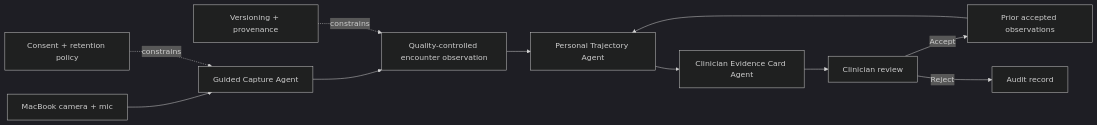
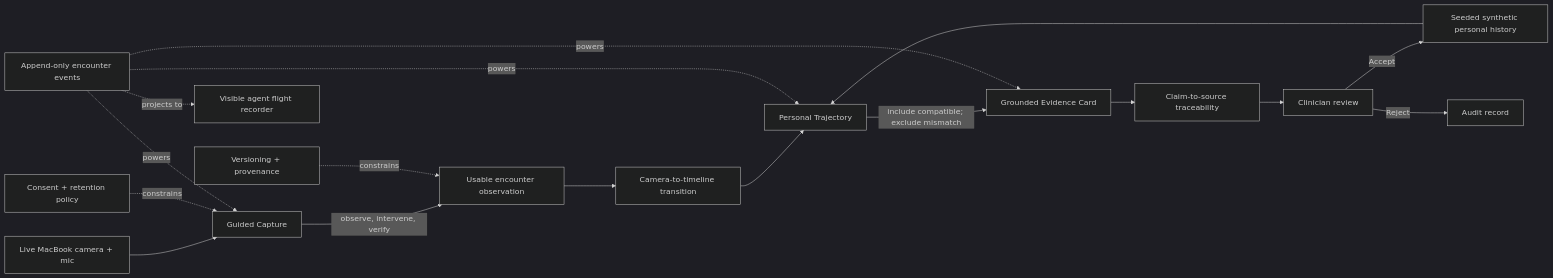
One commit to logannye/neurotrax changed the diagram in README.md. Above: the diagram before and after it, drawn with Mermaid (dark theme). The commit also changed other lines of this file and 25 other files, not shown here.

````diff
--- a/README.md
+++ b/README.md
@@ -87,14 +184,20 @@
 ```mermaid
 flowchart LR
-    MAC["MacBook camera + mic"] --> CAPTURE["Guided Capture Agent"]
-    CAPTURE --> OBS["Quality-controlled encounter observation"]
-    OBS --> TREND["Personal Trajectory Agent"]
-    HISTORY["Prior accepted observations"] --> TREND
-    TREND --> CARD["Clinician Evidence Card Agent"]
-    CARD --> CLINICIAN["Clinician review"]
+    MAC["Live MacBook camera + mic"] --> CAPTURE["Guided Capture"]
+    CAPTURE -->|observe, intervene, verify| OBS["Usable encounter observation"]
+    OBS --> TRANSITION["Camera-to-timeline transition"]
+    TRANSITION --> TREND["Personal Trajectory"]
+    HISTORY["Seeded synthetic personal history"] --> TREND
+    TREND -->|include compatible; exclude mismatch| CARD["Grounded Evidence Card"]
+    CARD --> TRACE["Claim-to-source traceability"]
+    TRACE --> CLINICIAN["Clinician review"]
     CLINICIAN -->|Accept| HISTORY
     CLINICIAN -->|Reject| AUDIT["Audit record"]
 
     CONSENT["Consent + retention policy"] -. constrains .-> CAPTURE
     PROVENANCE["Versioning + provenance"] -. constrains .-> OBS
+    EVENTS["Append-only encounter events"] -. powers .-> CAPTURE
+    EVENTS -. powers .-> TREND
+    EVENTS -. powers .-> CARD
+    EVENTS -. projects to .-> FLIGHT["Visible agent flight recorder"]
 ```
````
